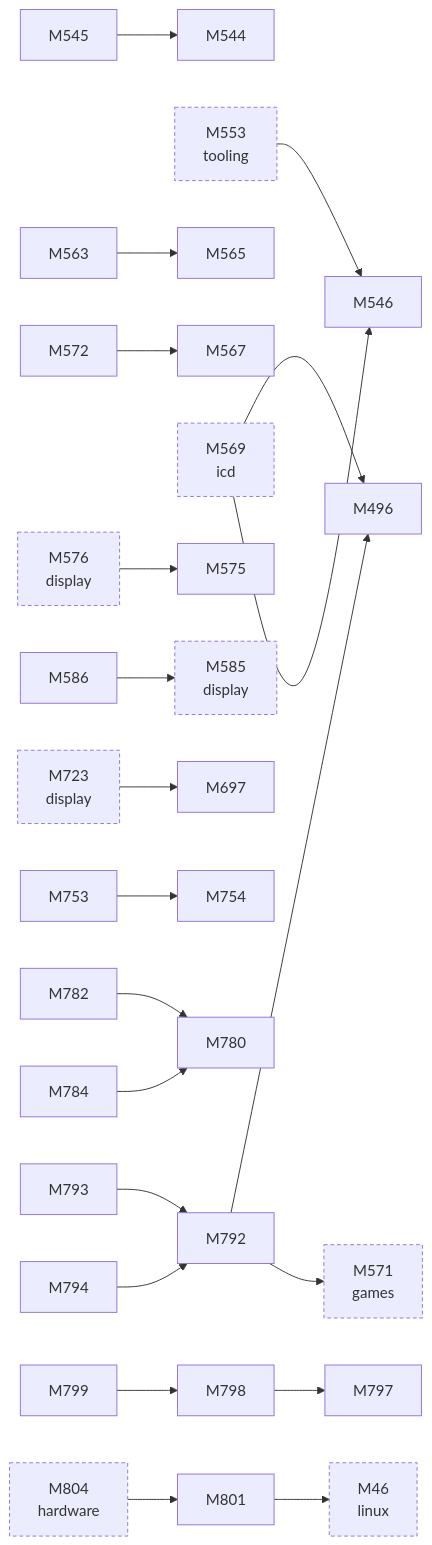
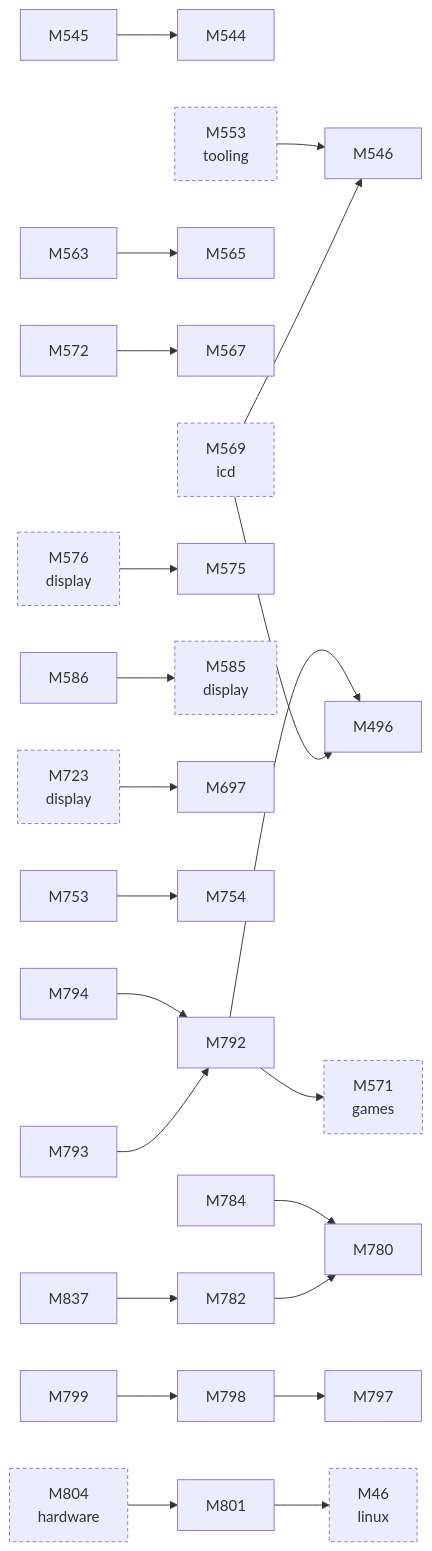
The second of 2 diagrams in docs/facts/graphs/d3d.md (D-Ogi/amdgpu-wddm), drawn with Mermaid before and after one commit. The commit also changed 8 other files, not shown here.

````diff
--- a/docs/facts/graphs/d3d.md
+++ b/docs/facts/graphs/d3d.md
@@ -22,56 +22,58 @@
 ```mermaid
 flowchart LR
   M46["M46<br/>linux"]
   M496["M496"]
   M544["M544"]
   M545["M545"]
   M546["M546"]
   M553["M553<br/>tooling"]
   M563["M563"]
   M565["M565"]
   M567["M567"]
   M569["M569<br/>icd"]
   M571["M571<br/>games"]
   M572["M572"]
   M575["M575"]
   M576["M576<br/>display"]
   M585["M585<br/>display"]
   M586["M586"]
   M697["M697"]
   M723["M723<br/>display"]
   M753["M753"]
   M754["M754"]
   M780["M780"]
   M782["M782"]
   M784["M784"]
   M792["M792"]
   M793["M793"]
   M794["M794"]
   M797["M797"]
   M798["M798"]
   M799["M799"]
   M801["M801"]
   M804["M804<br/>hardware"]
+  M837["M837"]
   M804 --> M801
   M576 --> M575
   M723 --> M697
   M569 --> M496
   M569 --> M546
   M545 --> M544
   M563 --> M565
   M572 --> M567
   M586 --> M585
   M753 --> M754
   M782 --> M780
   M784 --> M780
   M792 --> M496
   M792 --> M571
   M793 --> M792
   M794 --> M792
   M798 --> M797
   M799 --> M798
   M801 --> M46
+  M837 --> M782
   M553 --> M546
   classDef other stroke-dasharray:4 3
   class M46,M553,M569,M571,M576,M585,M723,M804 other
 ```
````
